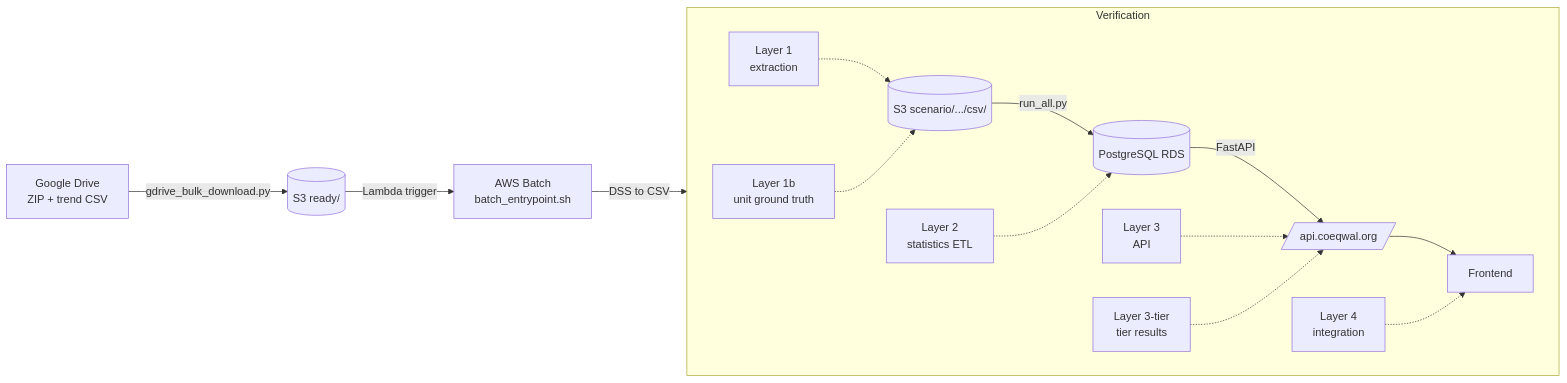
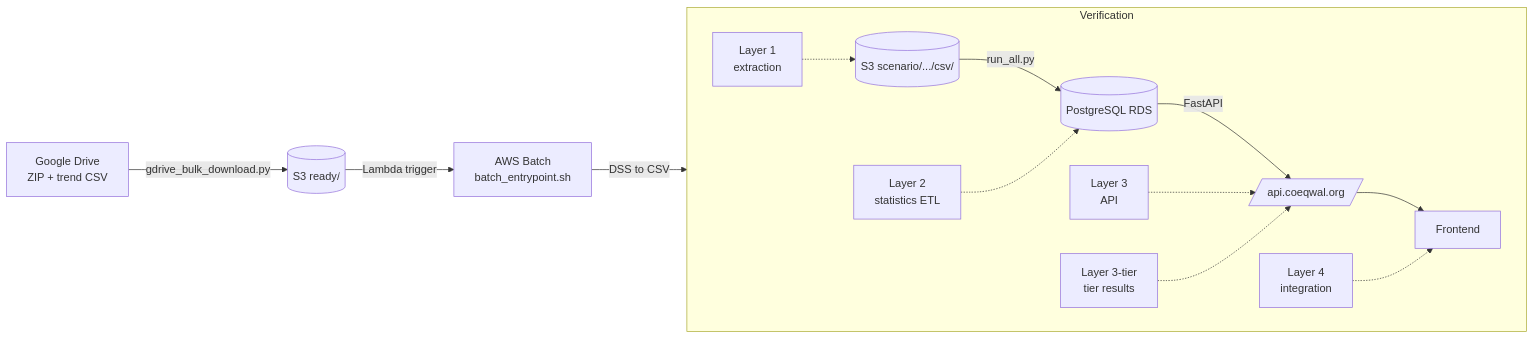
Before and after one commit to berkeley-gif/coeqwal-data-platform: the diagram in etl/verification/README.md, drawn with Mermaid. The commit also changed other lines of this file and 8 other files, not shown here.

````diff
--- a/etl/verification/README.md
+++ b/etl/verification/README.md
@@ -37,19 +37,18 @@
 ```mermaid
 flowchart LR
   GD[Google Drive<br/>ZIP + trend CSV] -->|gdrive_bulk_download.py| S3IN[(S3 ready/)]
   S3IN -->|Lambda trigger| BATCH[AWS Batch<br/>batch_entrypoint.sh]
   BATCH -->|DSS to CSV| S3OUT[(S3 scenario/.../csv/)]
   S3OUT -->|run_all.py| RDS[(PostgreSQL RDS)]
   RDS -->|FastAPI| API[/api.coeqwal.org/]
   API --> FE[Frontend]
 
   subgraph Verification
     direction LR
     L1[Layer 1<br/>extraction] -.-> S3OUT
-    L1B[Layer 1b<br/>unit ground truth] -.-> S3OUT
     L2[Layer 2<br/>statistics ETL] -.-> RDS
     L3[Layer 3<br/>API] -.-> API
     L3T[Layer 3-tier<br/>tier results] -.-> API
     L4[Layer 4<br/>integration] -.-> FE
   end
 ```
````
